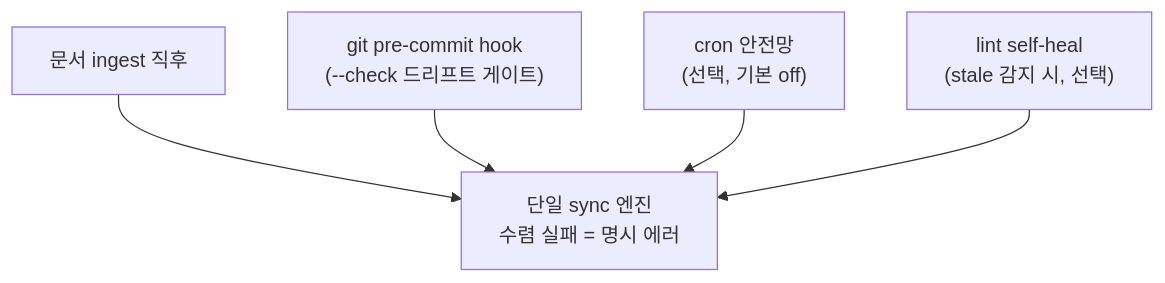
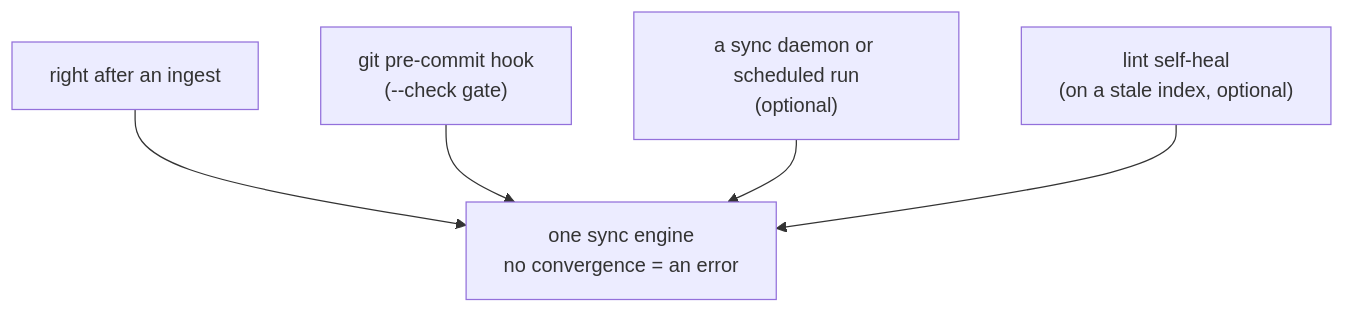
The third of 5 diagrams in docs/architecture.md (aldegad/kuma-vault), drawn with Mermaid before and after one commit. The commit also changed other lines of this file and 184 other files, not shown here.

````diff
--- a/docs/architecture.md
+++ b/docs/architecture.md
@@ -82,8 +107,8 @@
 ```mermaid
 flowchart TD
-    T1["문서 ingest 직후"] --> E
-    T2["git pre-commit hook<br/>(--check 드리프트 게이트)"] --> E
-    T3["cron 안전망<br/>(선택, 기본 off)"] --> E
-    T4["lint self-heal<br/>(stale 감지 시, 선택)"] --> E
-    E["단일 sync 엔진<br/>수렴 실패 = 명시 에러"]
+    T1["right after an ingest"] --> E
+    T2["git pre-commit hook<br/>(--check gate)"] --> E
+    T3["a sync daemon or scheduled run<br/>(optional)"] --> E
+    T4["lint self-heal<br/>(on a stale index, optional)"] --> E
+    E["one sync engine<br/>no convergence = an error"]
 ```
````
